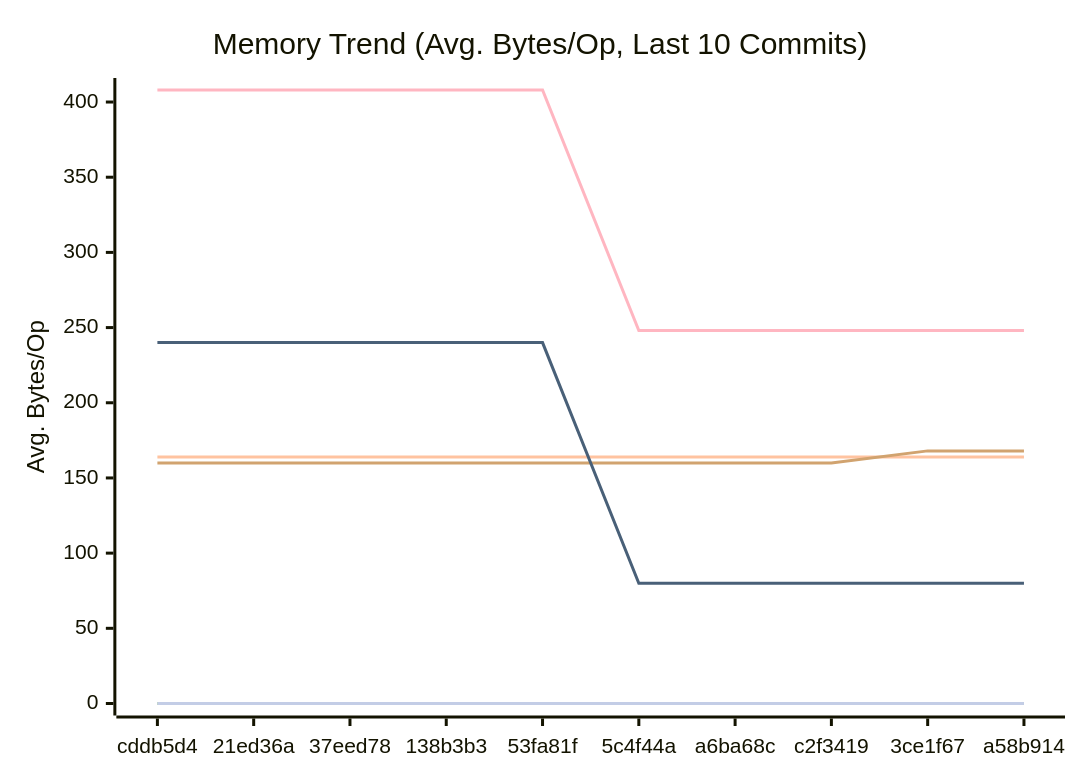
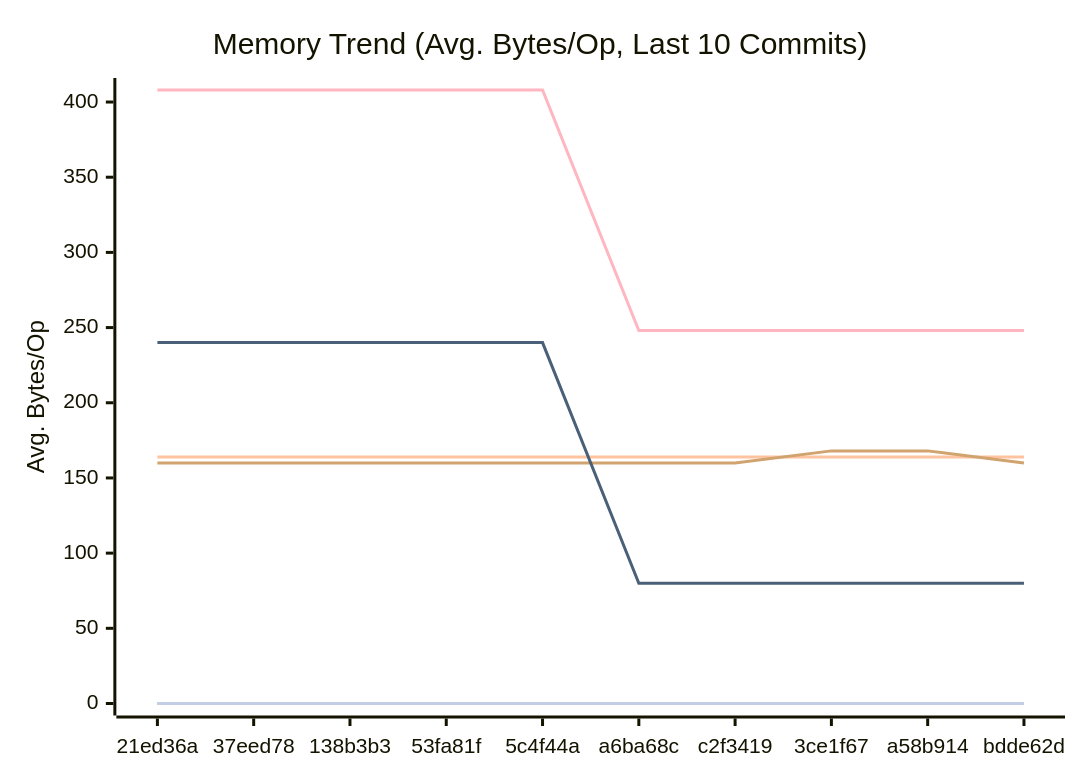
The second of 3 diagrams in docs/PERFORMANCE.md (alsotoes/momo), drawn with Mermaid before and after one commit. The commit also changed other lines of this file and 2 other files, not shown here.

````diff
--- a/docs/PERFORMANCE.md
+++ b/docs/PERFORMANCE.md
@@ -97,16 +99,16 @@
 ```mermaid
 xychart-beta
     title "Memory Trend (Avg. Bytes/Op, Last 10 Commits)"
     x-axis "Commit"
     y-axis "Avg. Bytes/Op"
-    x-axis [cddb5d4,21ed36a,37eed78,138b3b3,53fa81f,5c4f44a,a6ba68c,c2f3419,3ce1f67,a58b914]
+    x-axis [21ed36a,37eed78,138b3b3,53fa81f,5c4f44a,a6ba68c,c2f3419,3ce1f67,a58b914,bdde62d]
     line "CheckMetricsAndSwap" [0,0,0,0,0,0,0,0,0,0]
     line "CrushOptimized" [0,0,0,0,0,0,0,0,0,0]
     line "CrushOriginal" [164,164,164,164,164,164,164,164,164,164]
     line "IndexDirectTracking" [0,0,0,0,0,0,0,0,0,0]
     line "IndexSearch" [0,0,0,0,0,0,0,0,0,0]
-    line "LoadGlobalConfig" [160,160,160,160,160,160,160,160,168,168]
+    line "LoadGlobalConfig" [160,160,160,160,160,160,160,168,168,160]
     line "PadString" [0,0,0,0,0,0,0,0,0,0]
     line "ParseReplicationOrder_NoPrealloc" [408,408,408,408,408,248,248,248,248,248]
     line "ParseReplicationOrder_Prealloc" [240,240,240,240,240,80,80,80,80,80]
 ```
````
